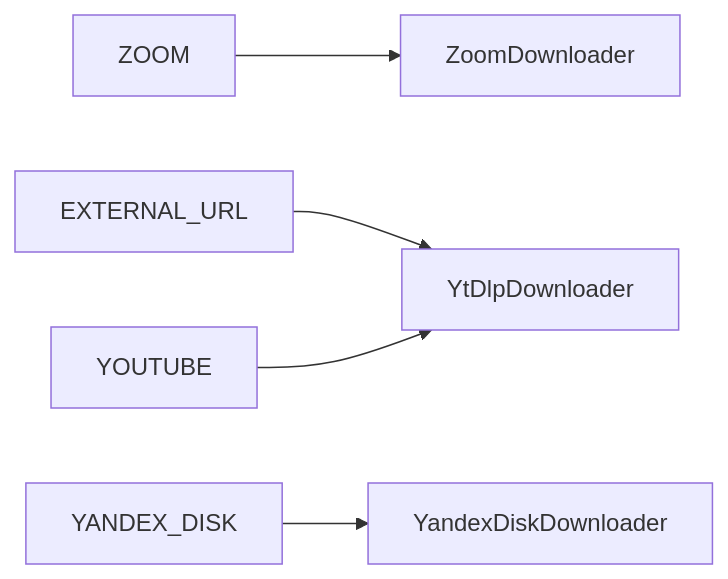
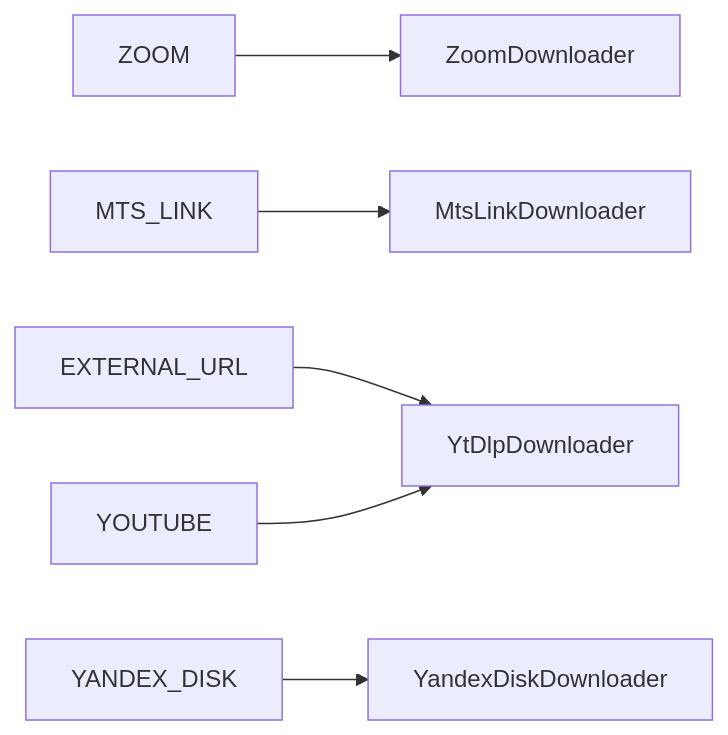
Diagram 31 of 39 in backend/docs/ARCHITECTURE_SCHEMAS.md (GordeyZuev/LEAP), drawn with Mermaid before and after one commit. The commit also changed other lines of this file and 125 other files, not shown here.

Commit message:
v0.10.8.0 – MTS Link supported

````diff
--- a/backend/docs/ARCHITECTURE_SCHEMAS.md
+++ b/backend/docs/ARCHITECTURE_SCHEMAS.md
@@ -614,7 +634,8 @@
 ```mermaid
 flowchart LR
     Z[ZOOM] --> ZD[ZoomDownloader]
+    M[MTS_LINK] --> MD[MtsLinkDownloader]
     E[EXTERNAL_URL] --> YD[YtDlpDownloader]
     Y[YOUTUBE] --> YD
     YA[YANDEX_DISK] --> YAD[YandexDiskDownloader]
 ```
````
